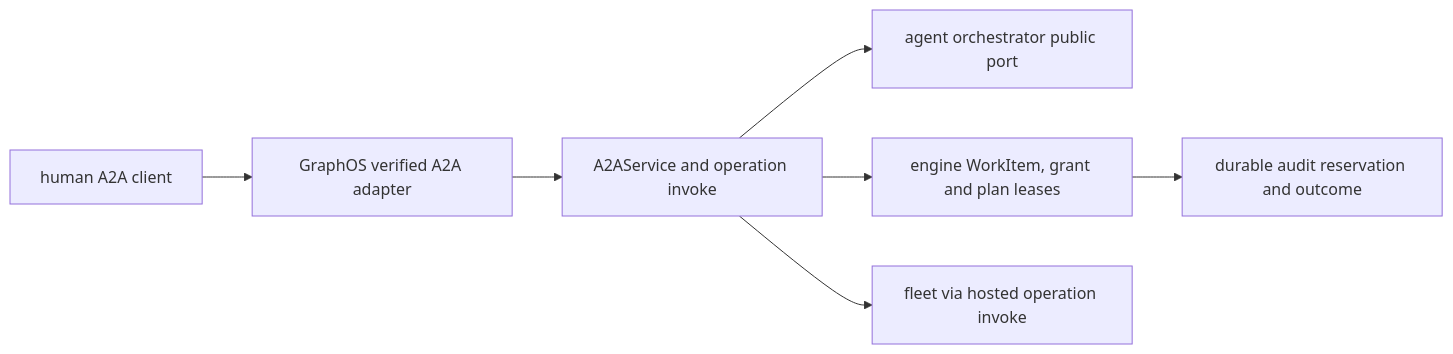
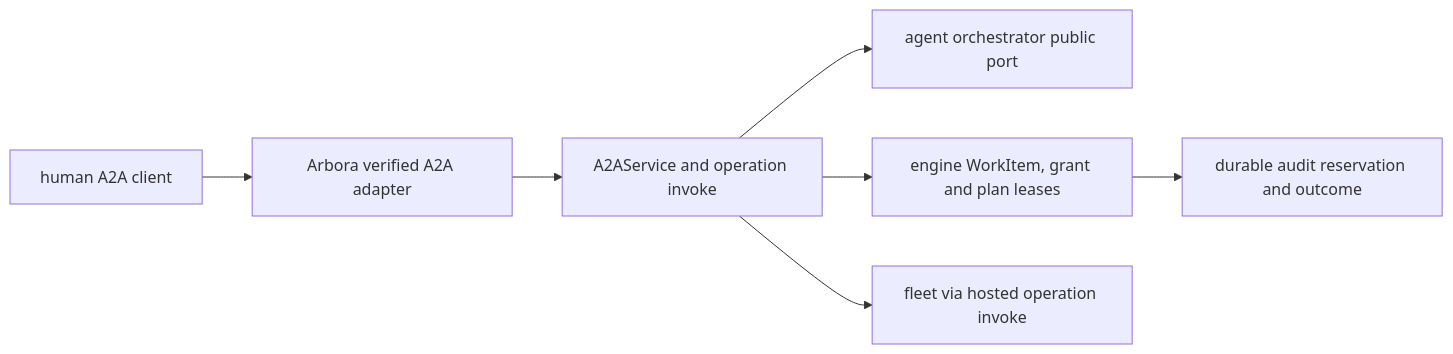
One commit to Knuckles-Team/arbora changed the first of 4 diagrams in specs/a2a/plan.md. Above: the diagram before and after it, drawn with Mermaid. The commit also changed other lines of this file and 1682 other files, not shown here.

First line of the commit message:
refactor: rename the graph-os project to arbora

````diff
--- a/specs/a2a/plan.md
+++ b/specs/a2a/plan.md
@@ -22,9 +22,9 @@
 ```mermaid
 flowchart LR
-  H[human A2A client] --> V[GraphOS verified A2A adapter]
+  H[human A2A client] --> V[Arbora verified A2A adapter]
   V --> T[A2AService and operation invoke]
   T --> O[agent orchestrator public port]
   T --> E["engine WorkItem, grant and plan leases"]
   T --> F[fleet via hosted operation invoke]
   E --> A[durable audit reservation and outcome]
 ```
````
